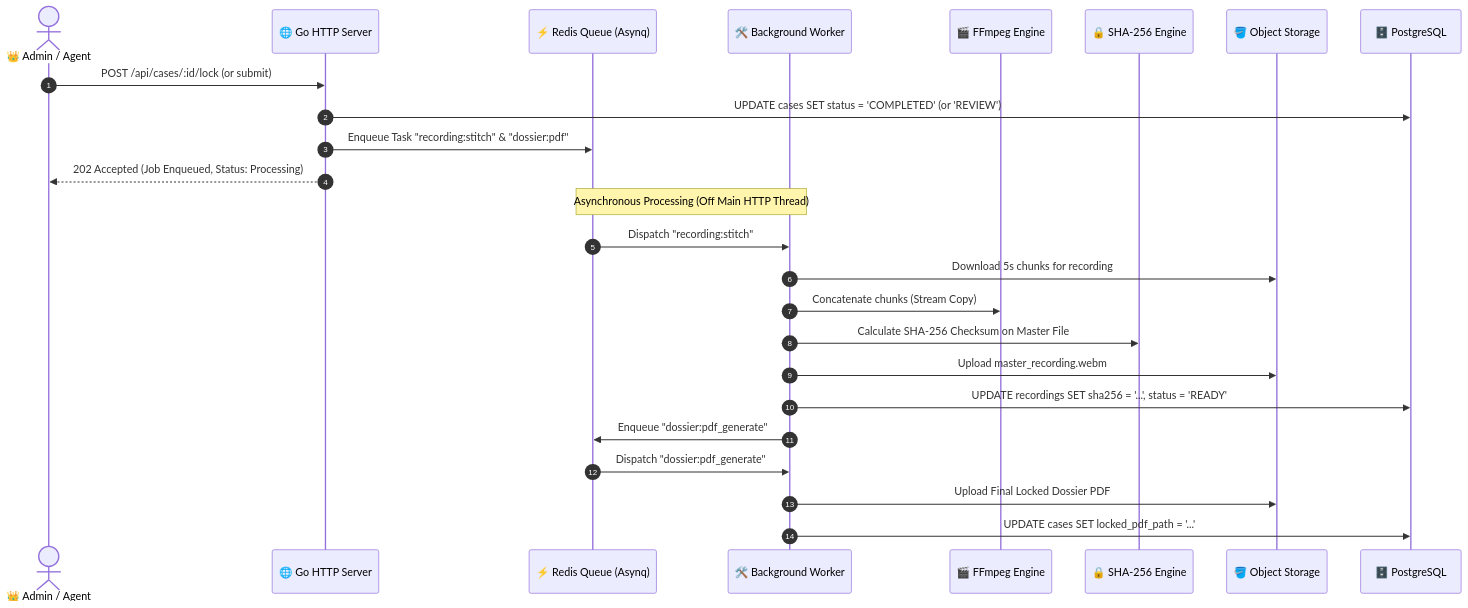
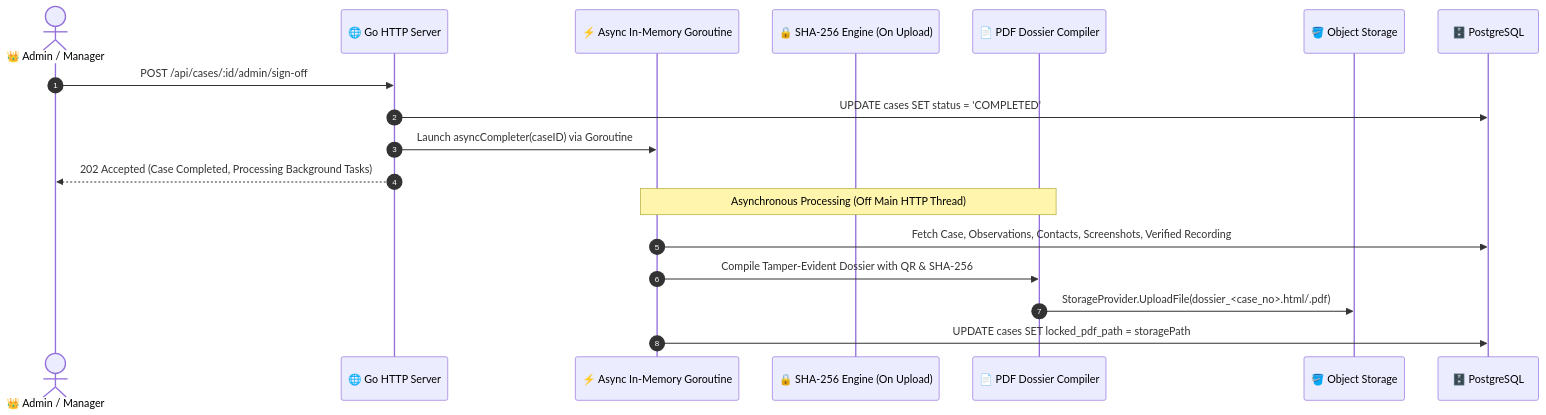
The diagram in obs/07_Background_Processing_and_Queue_Architecture.md (RajThak-998/claimverificationdossierintelligencesystem), drawn with Mermaid before and after one commit. The commit also changed other lines of this file and 10 other files, not shown here.

````diff
--- a/obs/07_Background_Processing_and_Queue_Architecture.md
+++ b/obs/07_Background_Processing_and_Queue_Architecture.md
@@ -23,30 +31,22 @@
 ```mermaid
 sequenceDiagram
     autonumber
-    actor Admin as 👑 Admin / Agent
+    actor Admin as 👑 Admin / Manager
     participant HTTP as 🌐 Go HTTP Server
-    participant Redis as ⚡ Redis Queue (Asynq)
-    participant Worker as 🛠️ Background Worker
-    participant FFmpeg as 🎬 FFmpeg Engine
-    participant Hasher as 🔒 SHA-256 Engine
+    participant Goroutine as ⚡ Async In-Memory Goroutine
+    participant Hasher as 🔒 SHA-256 Engine (On Upload)
+    participant PDFEng as 📄 PDF Dossier Compiler
     participant Storage as 🪣 Object Storage
     participant DB as 🗄️ PostgreSQL
 
-    Admin->>HTTP: POST /api/cases/:id/lock (or submit)
-    HTTP->>DB: UPDATE cases SET status = 'COMPLETED' (or 'REVIEW')
-    HTTP->>Redis: Enqueue Task "recording:stitch" & "dossier:pdf"
-    HTTP-->>Admin: 202 Accepted (Job Enqueued, Status: Processing)
+    Admin->>HTTP: POST /api/cases/:id/admin/sign-off
+    HTTP->>DB: UPDATE cases SET status = 'COMPLETED'
+    HTTP->>Goroutine: Launch asyncCompleter(caseID) via Goroutine
+    HTTP-->>Admin: 202 Accepted (Case Completed, Processing Background Tasks)
 
-    Note over Redis,Worker: Asynchronous Processing (Off Main HTTP Thread)
-    Redis->>Worker: Dispatch "recording:stitch"
-    Worker->>Storage: Download 5s chunks for recording
-    Worker->>FFmpeg: Concatenate chunks (Stream Copy)
-    Worker->>Hasher: Calculate SHA-256 Checksum on Master File
-    Worker->>Storage: Upload master_recording.webm
-    Worker->>DB: UPDATE recordings SET sha256 = '...', status = 'READY'
-    
-    Worker->>Redis: Enqueue "dossier:pdf_generate"
-    Redis->>Worker: Dispatch "dossier:pdf_generate"
-    Worker->>Storage: Upload Final Locked Dossier PDF
-    Worker->>DB: UPDATE cases SET locked_pdf_path = '...'
+    Note over Goroutine,PDFEng: Asynchronous Processing (Off Main HTTP Thread)
+    Goroutine->>DB: Fetch Case, Observations, Contacts, Screenshots, Verified Recording
+    Goroutine->>PDFEng: Compile Tamper-Evident Dossier with QR & SHA-256
+    PDFEng->>Storage: StorageProvider.UploadFile(dossier_<case_no>.html/.pdf)
+    Goroutine->>DB: UPDATE cases SET locked_pdf_path = storagePath
 ```
````
